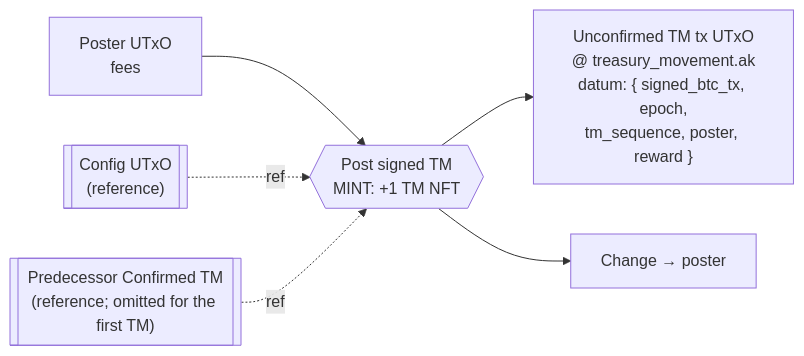
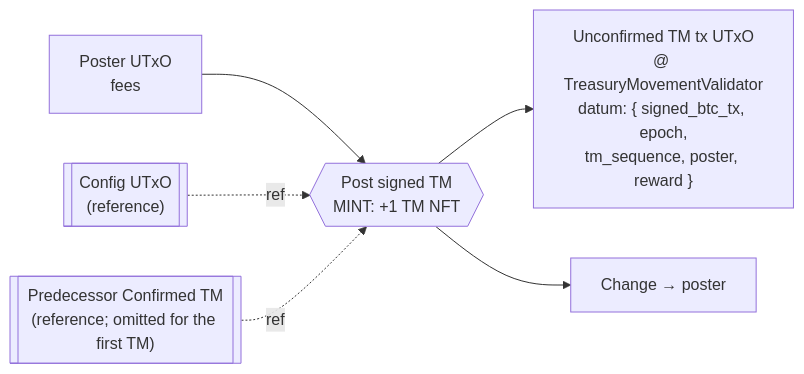
Before and after one commit to FluidTokens/ft-bifrost-bridge: diagram 13 of 19 in documentation/technical_documentation.md, drawn with Mermaid. The commit also changed other lines of this file and 8 other files, not shown here.

````diff
--- a/documentation/technical_documentation.md
+++ b/documentation/technical_documentation.md
@@ -1564,8 +1558,8 @@
 ```mermaid
 flowchart LR
   poster["Poster UTxO<br/>fees"] --> tx{{"Post signed TM<br/>MINT: +1 TM NFT"}}
   cfg_ref[["Config UTxO<br/>(reference)"]] -. ref .-> tx
   prev_ref[["Predecessor Confirmed TM<br/>(reference; omitted for the first TM)"]] -. ref .-> tx
-  tx --> unconf["Unconfirmed TM tx UTxO<br/>@ treasury_movement.ak<br/>datum: { signed_btc_tx, epoch,<br/>tm_sequence, poster, reward }"]
+  tx --> unconf["Unconfirmed TM tx UTxO<br/>@ TreasuryMovementValidator<br/>datum: { signed_btc_tx, epoch,<br/>tm_sequence, poster, reward }"]
   tx --> change["Change → poster"]
 ```
````
